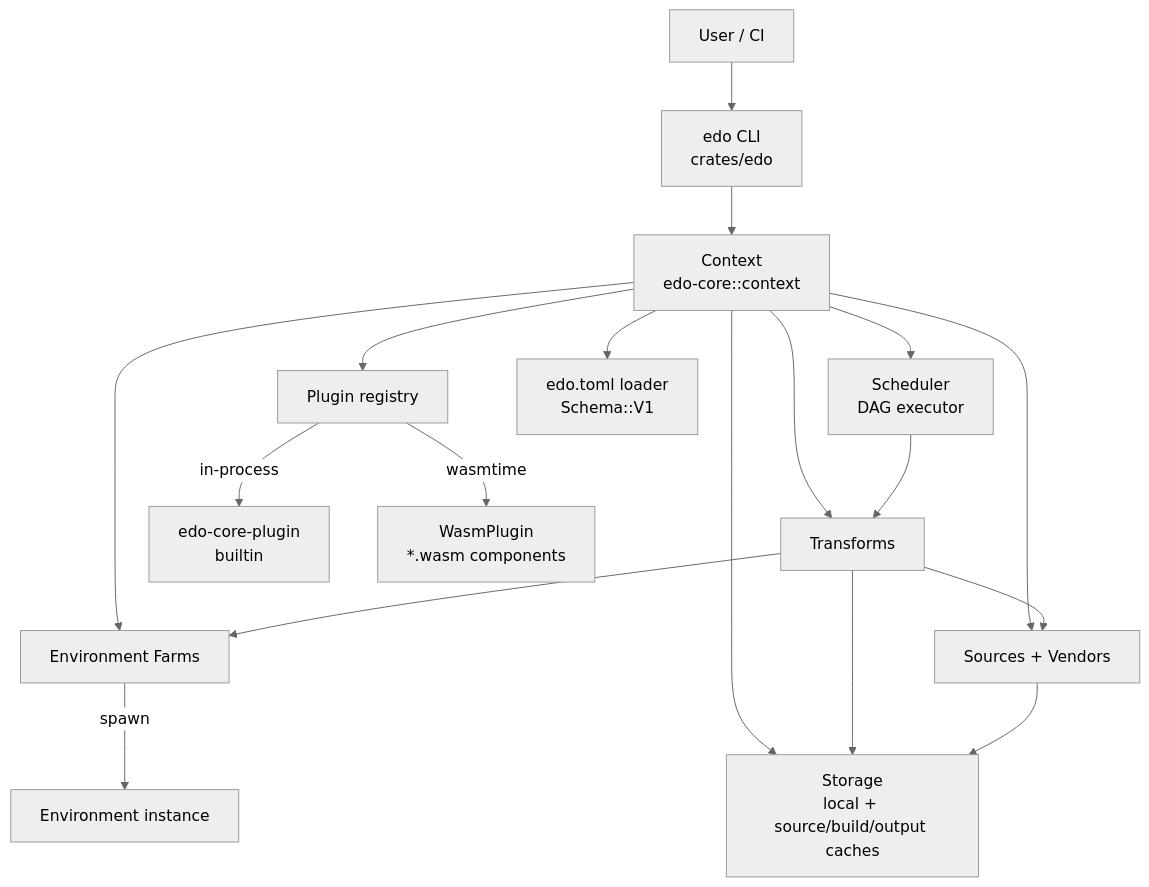
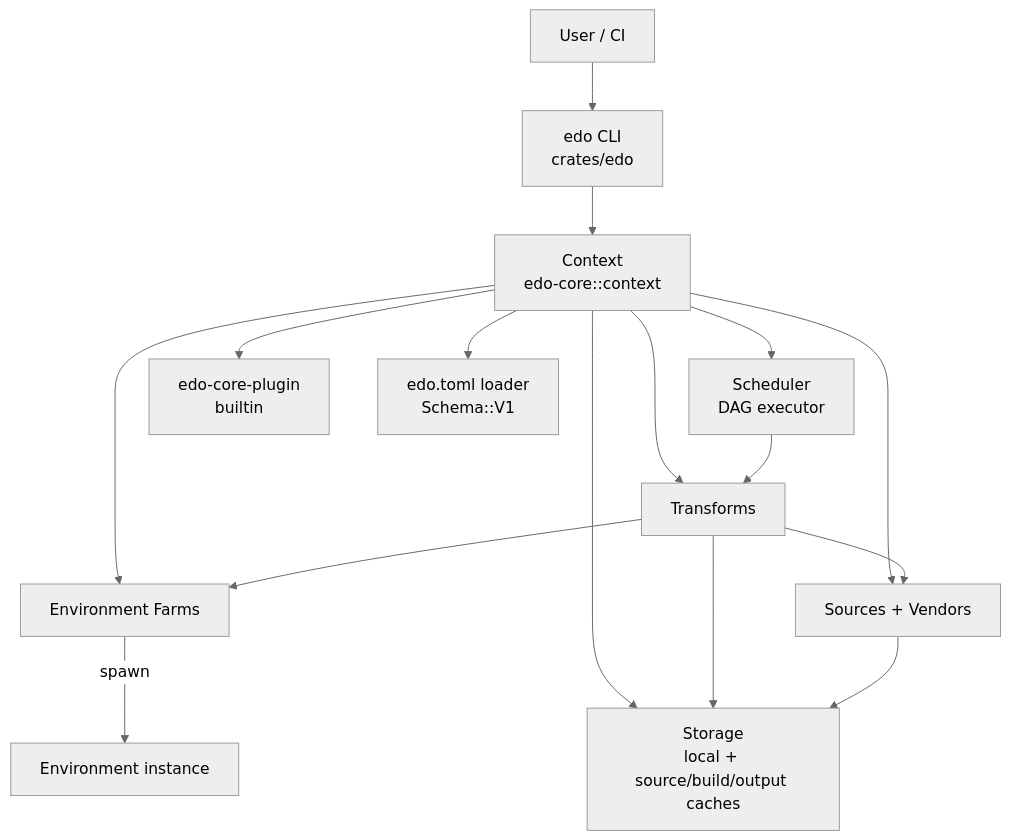
One commit to jmt-lab/edo changed the diagram in docs/design.md. Above: the diagram before and after it, drawn with Mermaid (neutral theme). The commit also changed other lines of this file and 68 other files, not shown here.

Commit message:
feat(context): remove wasm plugin system

````diff
--- a/docs/design.md
+++ b/docs/design.md
@@ -64,22 +61,19 @@
 ```mermaid
 graph TB
     User[User / CI] --> CLI["edo CLI<br/>crates/edo"]
     CLI --> Ctx["Context<br/>edo-core::context"]
     Ctx --> Sched["Scheduler<br/>DAG executor"]
-    Ctx --> Plugins[Plugin registry]
+    Ctx --> CorePlugin["edo-core-plugin<br/>builtin"]
     Ctx --> Storage["Storage<br/>local + source/build/output caches"]
     Ctx --> Farms[Environment Farms]
     Ctx --> Sources[Sources + Vendors]
     Ctx --> Transforms[Transforms]
     Ctx --> Schema["edo.toml loader<br/>Schema::V1"]
-
-    Plugins -->|in-process| CorePlugin["edo-core-plugin<br/>builtin"]
-    Plugins -->|wasmtime| Wasm["WasmPlugin<br/>*.wasm components"]
 
     Sched --> Transforms
     Transforms --> Farms
     Transforms --> Sources
     Transforms --> Storage
     Sources --> Storage
     Farms -->|spawn| Environment[Environment instance]
 ```
````
